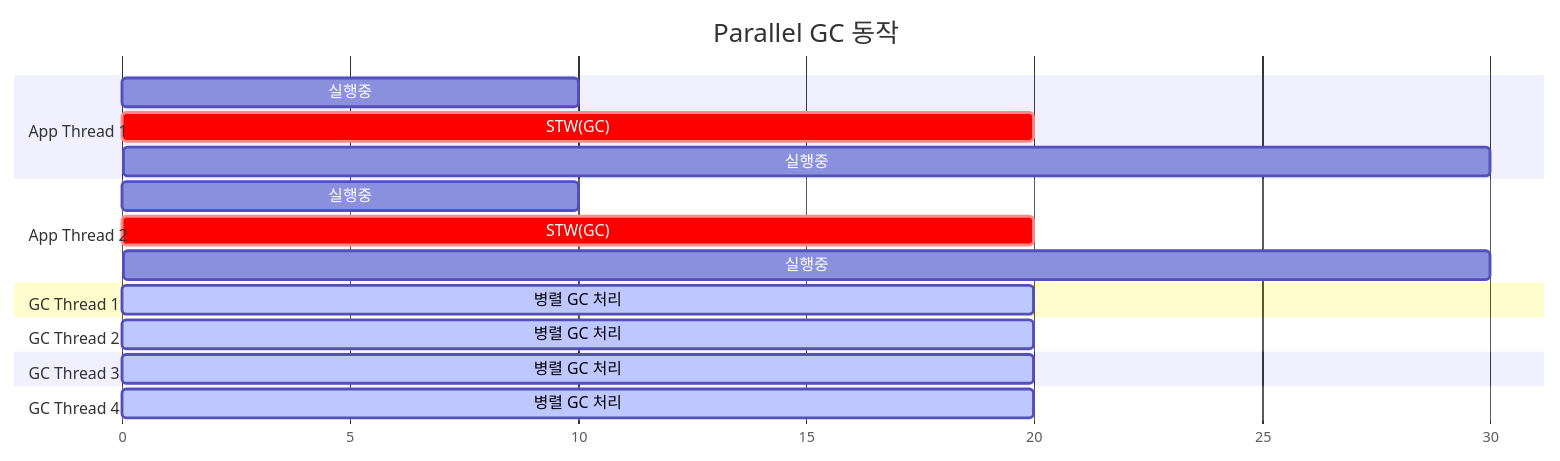
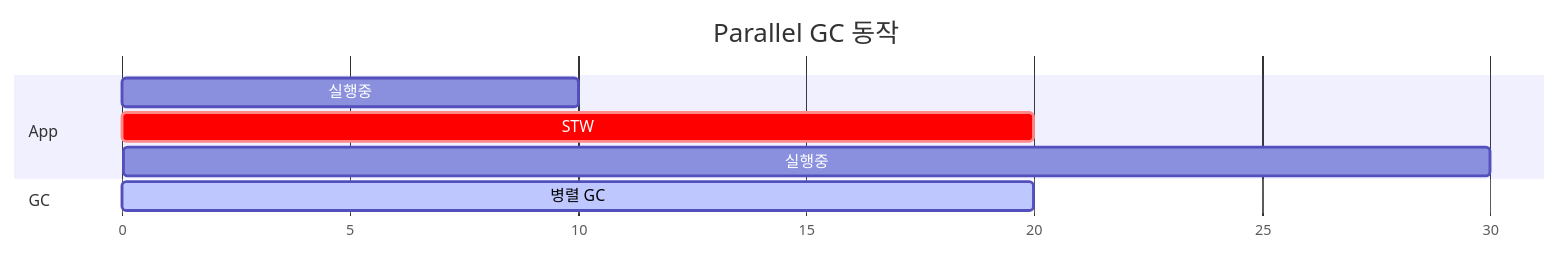
Before and after one commit to yjkim2015/yjkim2015.github.io: diagram 12 of 29 in _posts/java/2026-05-01-java-garbage-collector.md, drawn with Mermaid. The commit also changed other lines of this file and 215 other files, not shown here.

First line of the commit message:
신규 포스트 10개 추가 + Mermaid 전면 축소 + SystemDesign 시리즈 보강

````diff
--- a/_posts/java/2026-05-01-java-garbage-collector.md
+++ b/_posts/java/2026-05-01-java-garbage-collector.md
@@ -283,28 +233,12 @@
 ```mermaid
 gantt
     title Parallel GC 동작
     dateFormat X
     axisFormat %s
-
-    section App Thread 1
+    section App
     실행중 : 0, 10
-    STW(GC) : crit, 10, 20
+    STW : crit, 10, 20
     실행중 : 20, 30
-
-    section App Thread 2
-    실행중 : 0, 10
-    STW(GC) : crit, 10, 20
-    실행중 : 20, 30
-
-    section GC Thread 1
-    병렬 GC 처리 : active, 10, 20
-
-    section GC Thread 2
-    병렬 GC 처리 : active, 10, 20
-
-    section GC Thread 3
-    병렬 GC 처리 : active, 10, 20
-
-    section GC Thread 4
-    병렬 GC 처리 : active, 10, 20
+    section GC
+    병렬 GC : active, 10, 20
 ```
````
